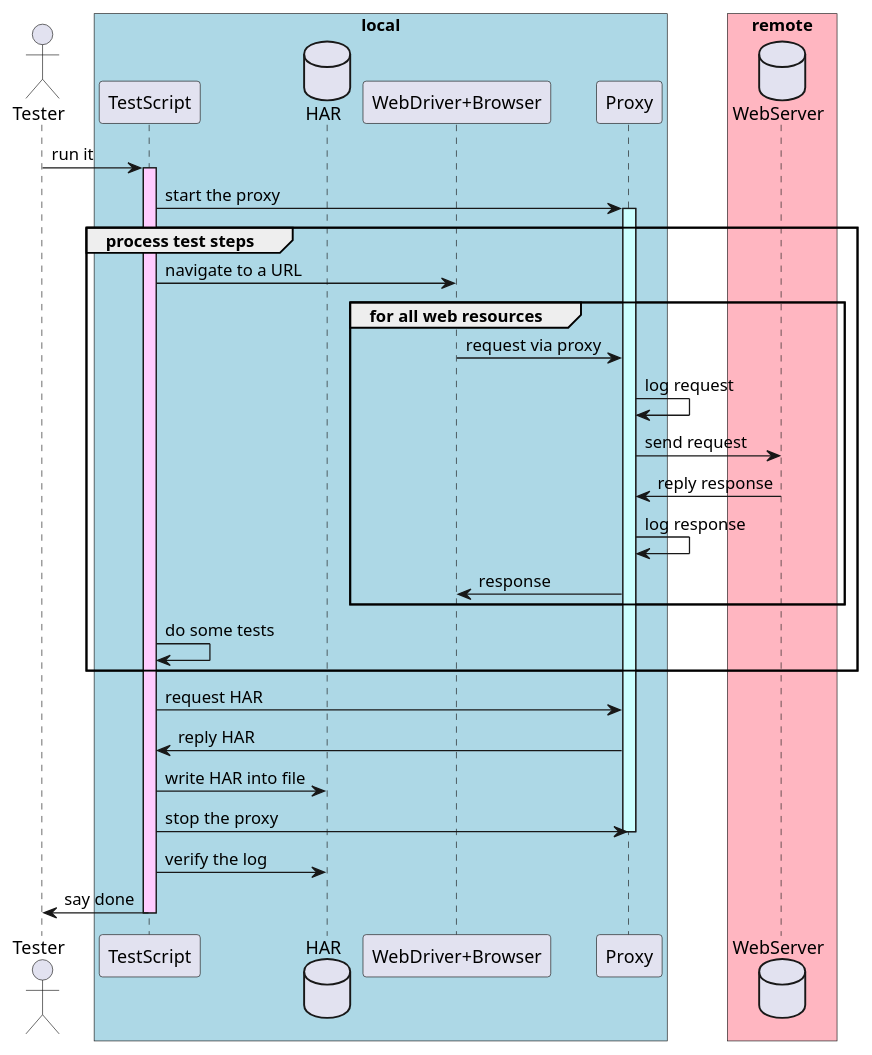
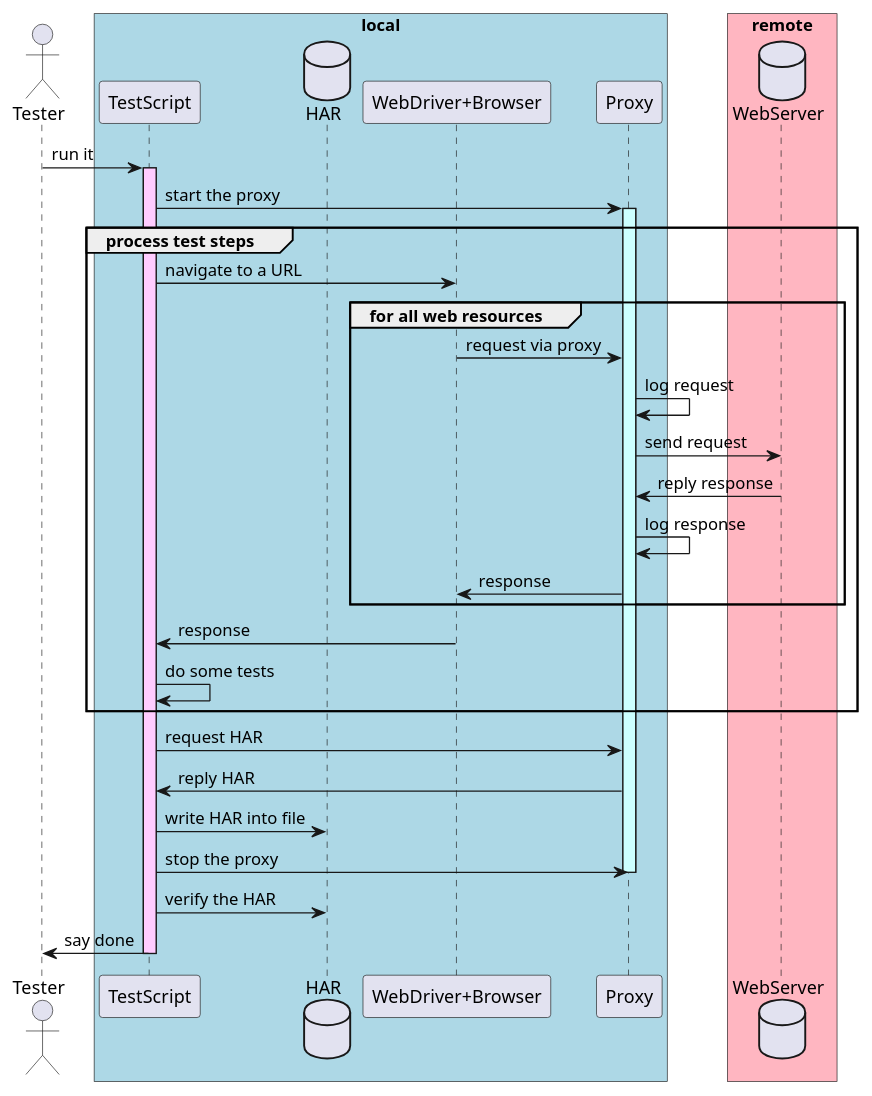
One commit to kazurayam/BrowserMobProxyInKatalonStudio changed the diagram in docs/diagrams/src/sequence.pu. Above: the diagram before and after it, drawn with PlantUML. The commit also changed 1 other file, not shown here.

Commit message:
improved the sequence.png

```diff
--- a/docs/diagrams/src/sequence.pu
+++ b/docs/diagrams/src/sequence.pu
@@ -1,39 +1,40 @@
 @startuml sequence
 
 actor       Tester     as tester
 box "local" #LightBlue
 participant TestScript as script
 database    HAR        as har
 participant "WebDriver+Browser" as browser
 participant Proxy      as proxy
 end box
 
 box "remote" #LightPink
 database    WebServer  as server
 end box
 
 tester   -> script     : run it
 activate script #FFccFF
 script   -> proxy      : start the proxy
 activate proxy #ccFFFF
 group process test steps
 script   -> browser    : navigate to a URL
 group for all web resources
 browser  -> proxy      : request via proxy
 proxy    -> proxy      : log request
 proxy    -> server     : send request
 server   -> proxy      : reply response
 proxy    -> proxy      : log response
 proxy    -> browser    : response
 end
+browser  -> script     : response
 script   -> script     : do some tests
 end
 script   -> proxy      : request HAR
 proxy    -> script     : reply HAR
 script   -> har        : write HAR into file
 script   -> proxy      : stop the proxy
 deactivate proxy
-script   -> har        : verify the log
+script   -> har        : verify the HAR
 script   -> tester     : say done
 deactivate script
 @enduml
```
